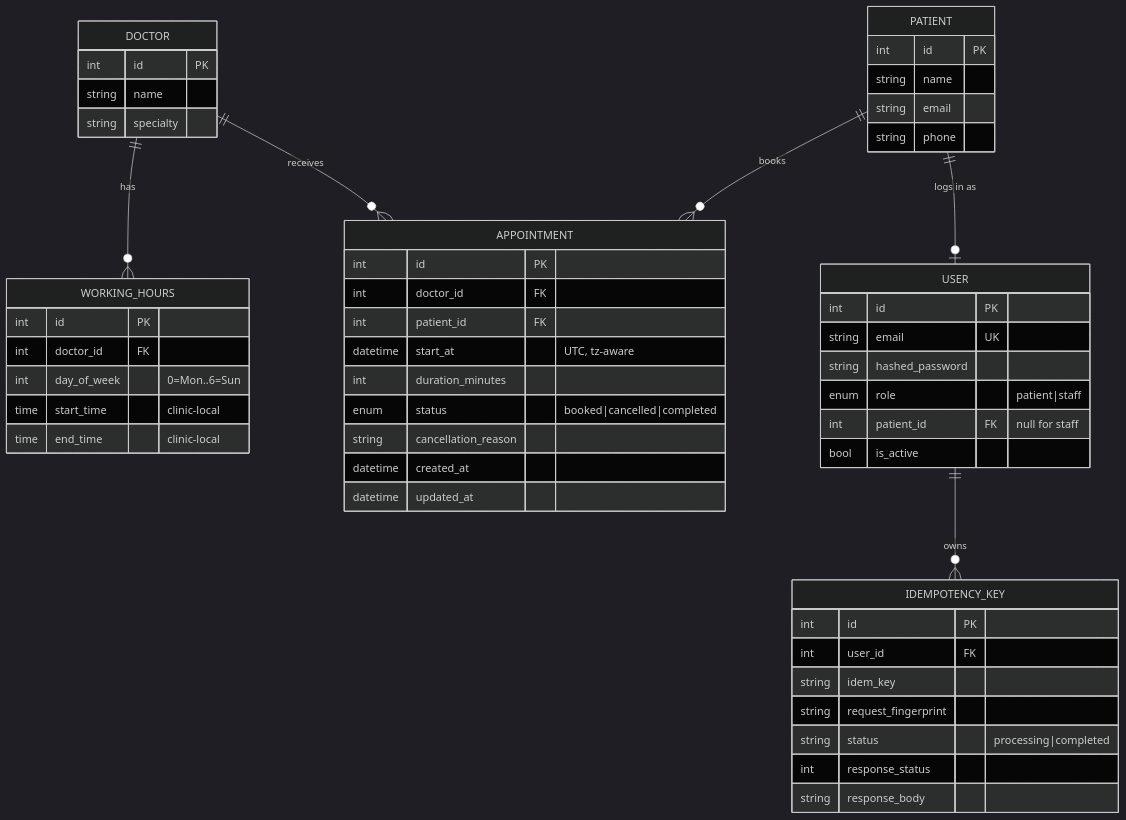
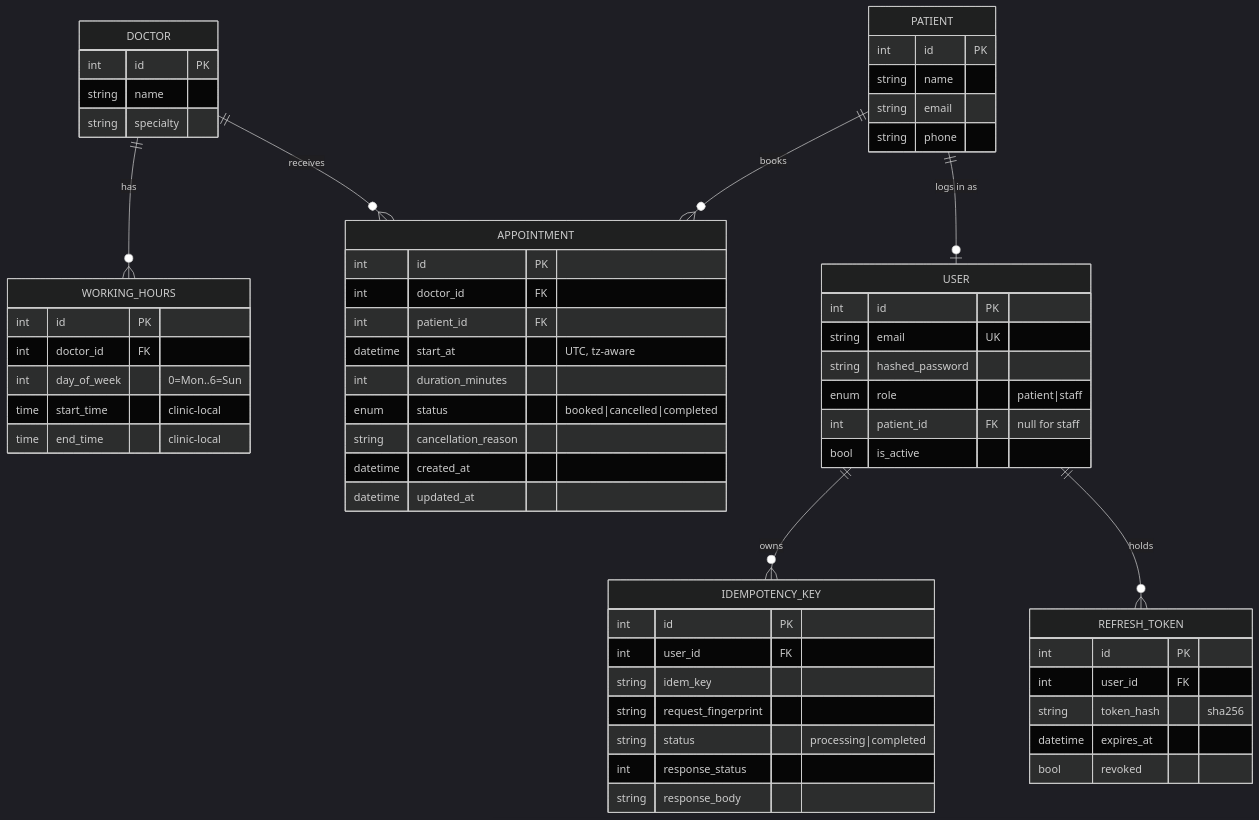
Before and after one commit to Equivocal-Richie/clinic-booking: the diagram in README.md, drawn with Mermaid (dark theme). The commit also changed other lines of this file and 10 other files, not shown here.

````diff
--- a/README.md
+++ b/README.md
@@ -62,55 +62,63 @@
 ```mermaid
 erDiagram
     DOCTOR ||--o{ WORKING_HOURS : has
     DOCTOR ||--o{ APPOINTMENT : receives
     PATIENT ||--o{ APPOINTMENT : books
     PATIENT ||--o| USER : "logs in as"
     USER ||--o{ IDEMPOTENCY_KEY : owns
+    USER ||--o{ REFRESH_TOKEN : "holds"
 
     USER {
       int id PK
       string email UK
       string hashed_password
       enum role "patient|staff"
       int patient_id FK "null for staff"
       bool is_active
     }
     IDEMPOTENCY_KEY {
       int id PK
       int user_id FK
       string idem_key
       string request_fingerprint
       string status "processing|completed"
       int response_status
       string response_body
+    }
+    REFRESH_TOKEN {
+      int id PK
+      int user_id FK
+      string token_hash "sha256"
+      datetime expires_at
+      bool revoked
     }
     DOCTOR {
       int id PK
       string name
       string specialty
     }
     WORKING_HOURS {
       int id PK
       int doctor_id FK
       int day_of_week "0=Mon..6=Sun"
       time start_time "clinic-local"
       time end_time   "clinic-local"
     }
     PATIENT {
       int id PK
       string name
       string email
       string phone
     }
     APPOINTMENT {
       int id PK
       int doctor_id FK
       int patient_id FK
       datetime start_at "UTC, tz-aware"
       int duration_minutes
       enum status "booked|cancelled|completed"
       string cancellation_reason
       datetime created_at
       datetime updated_at
     }
 ```
````
